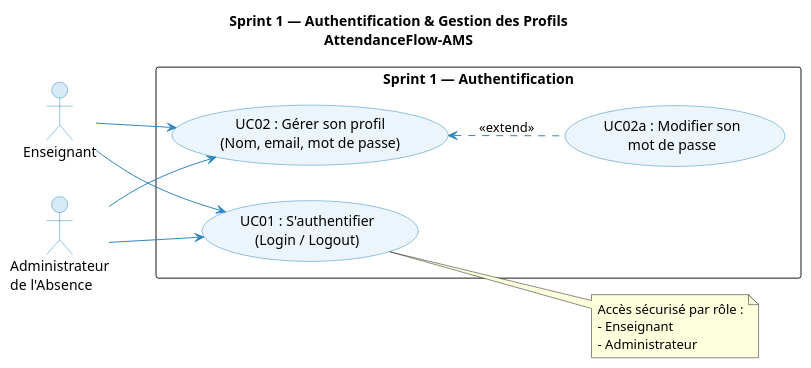
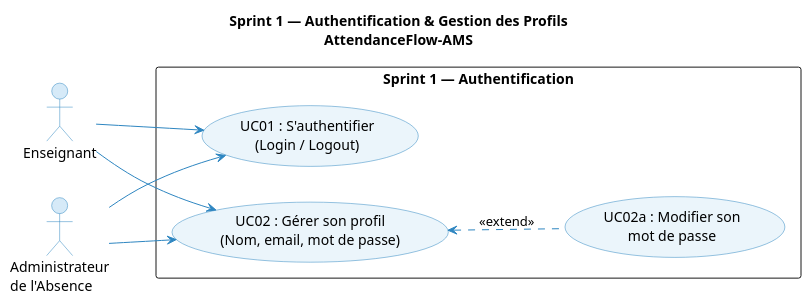
The diagram in Analyse/cas_utilisation/cas_utilisation_sprints/sprint1.puml (abdelhaymallouli/AttendanceFlow-AMS), drawn with PlantUML before and after one commit. The commit also changed 13 other files, not shown here.

Commit message:
feat: Add detailed functional analysis, use case diagrams, and report build script.

```diff
--- a/Analyse/cas_utilisation/cas_utilisation_sprints/sprint1.puml
+++ b/Analyse/cas_utilisation/cas_utilisation_sprints/sprint1.puml
@@ -1,41 +1,36 @@
 @startuml sprint1
 title Sprint 1 — Authentification & Gestion des Profils\nAttendanceFlow-AMS
 
 left to right direction
 
 skinparam usecase {
   BackgroundColor #EBF5FB
   BorderColor #2E86C1
   ArrowColor #2E86C1
 }
 skinparam actor {
   BorderColor #2E86C1
   BackgroundColor #D6EAF8
 }
 skinparam packageStyle rectangle
 
 actor "Enseignant" as T
 actor "Administrateur\nde l'Absence" as A
 
 rectangle "Sprint 1 — Authentification" {
 
   usecase "UC01 : S'authentifier\n(Login / Logout)" as UC01
   usecase "UC02 : Gérer son profil\n(Nom, email, mot de passe)" as UC02
   usecase "UC02a : Modifier son\nmot de passe" as UC02a
 
   UC02 <.. UC02a : <<extend>>
 }
 
 T --> UC01
 T --> UC02
 
 A --> UC01
 A --> UC02
 
-note right of UC01
-  Accès sécurisé par rôle :
-  - Enseignant
-  - Administrateur
-end note
 
 @enduml
```
